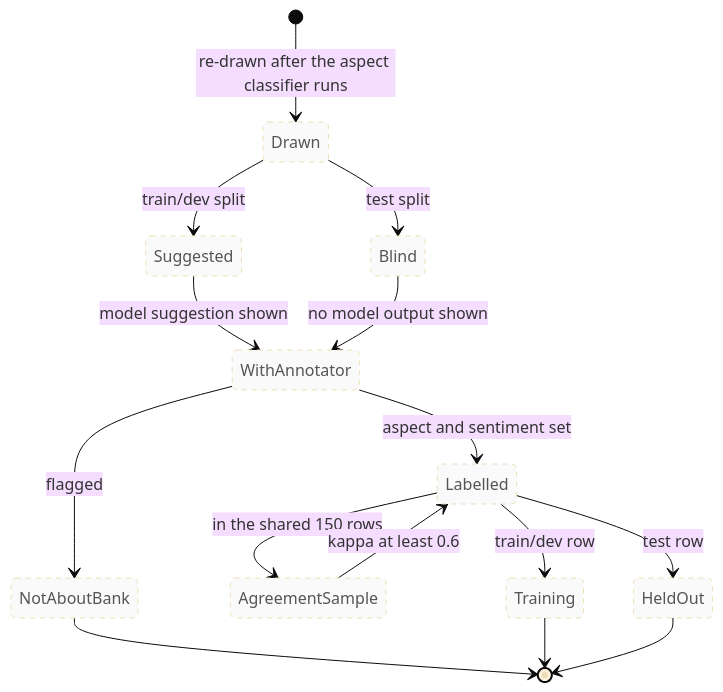
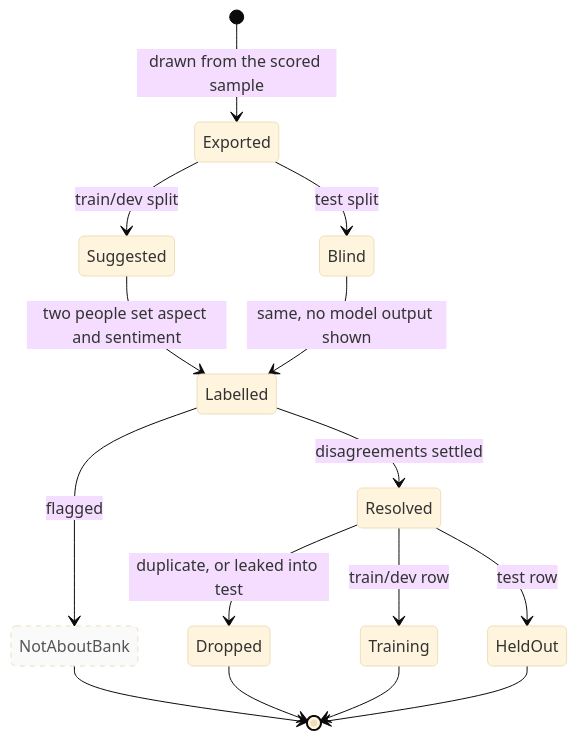
Before and after one commit to Gavingyh/plp-project: the diagram in docs/diagrams/src/16-label-lifecycle.mmd, drawn with Mermaid (base theme). The commit also changed 48 other files, not shown here.

First line of the commit message:
Document the 10-aspect taxonomy, the labelling round and fine-tuning

```diff
--- a/docs/diagrams/src/16-label-lifecycle.mmd
+++ b/docs/diagrams/src/16-label-lifecycle.mmd
@@ -1,21 +1,21 @@
 stateDiagram-v2
-  accTitle: Label lifecycle, planned
-  accDescr: Planned. A candidate is drawn into the train/dev or test split. Train/dev rows get an LLM suggestion; test rows go to a blind sheet. A person labels aspect and sentiment or flags the row. Some rows form the agreement sample. Labelled train/dev rows train the model; test rows only evaluate it.
+  accTitle: Label lifecycle, first round
+  accDescr: A candidate is exported into the train/dev or test split. Train/dev rows carry an LLM suggestion; test rows go to a blind sheet. Two people label each row and disagreements are resolved. Duplicated or leaked rows are dropped; the rest train the model or form the test set. A not-about-the-bank flag is planned.
 
-  [*] --> Drawn : re-drawn after the aspect classifier runs
-  Drawn --> Suggested : train/dev split
-  Drawn --> Blind : test split
-  Suggested --> WithAnnotator : model suggestion shown
-  Blind --> WithAnnotator : no model output shown
-  WithAnnotator --> NotAboutBank : flagged
-  WithAnnotator --> Labelled : aspect and sentiment set
-  Labelled --> AgreementSample : in the shared 150 rows
-  AgreementSample --> Labelled : kappa at least 0.6
-  Labelled --> Training : train/dev row
-  Labelled --> HeldOut : test row
+  [*] --> Exported : drawn from the scored sample
+  Exported --> Suggested : train/dev split
+  Exported --> Blind : test split
+  Suggested --> Labelled : two people set aspect and sentiment
+  Blind --> Labelled : same, no model output shown
+  Labelled --> NotAboutBank : flagged
+  Labelled --> Resolved : disagreements settled
+  Resolved --> Dropped : duplicate, or leaked into test
+  Resolved --> Training : train/dev row
+  Resolved --> HeldOut : test row
   NotAboutBank --> [*]
+  Dropped --> [*]
   Training --> [*]
   HeldOut --> [*]
 
   classDef planned stroke-dasharray: 5 5,color:#555,fill:#fafafa
-  class Drawn,Suggested,Blind,WithAnnotator,Labelled,NotAboutBank,AgreementSample,Training,HeldOut planned
+  class NotAboutBank planned
```
